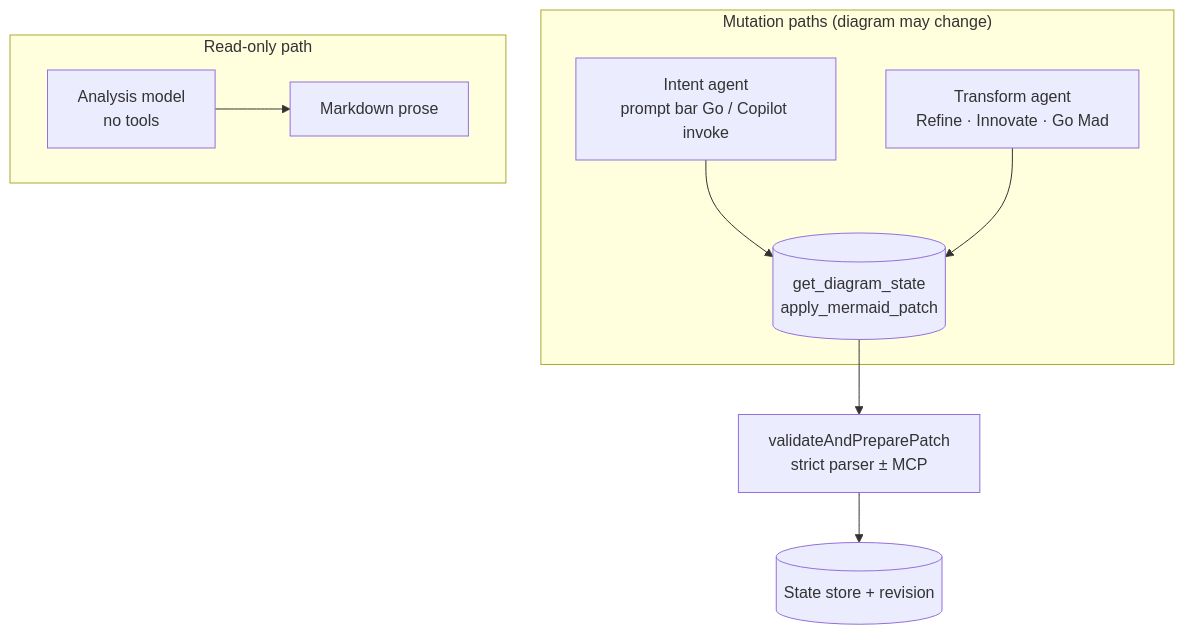
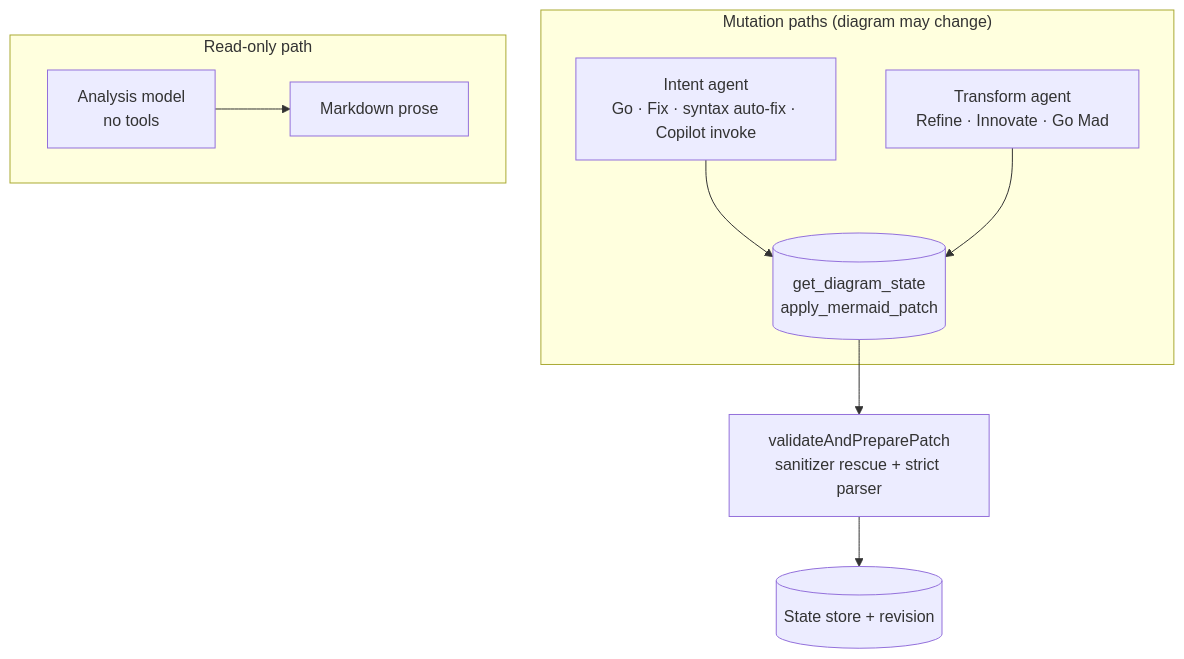
Before and after one commit to acuhlmann/mermaid-gen: the second of 4 diagrams in README.md, drawn with Mermaid. The commit also changed other lines of this file and 24 other files, not shown here.

First line of the commit message:
Enhance Mermaid validation and repair capabilities

````diff
--- a/README.md
+++ b/README.md
@@ -53,17 +53,17 @@
 ```mermaid
 flowchart TB
   subgraph mutation ["Mutation paths (diagram may change)"]
-    I[Intent agent<br/>prompt bar Go / Copilot invoke]
+    I[Intent agent<br/>Go · Fix · syntax auto-fix · Copilot invoke]
     T[Transform agent<br/>Refine · Innovate · Go Mad]
     I --> Tools[(get_diagram_state<br/>apply_mermaid_patch)]
     T --> Tools
   end
 
   subgraph readonly ["Read-only path"]
     A[Analysis model<br/>no tools]
     A --> Text[Markdown prose]
   end
 
-  Tools --> VS[validateAndPreparePatch<br/>strict parser ± MCP]
-  VS --> SS[(State store + revision)]
+  Tools --> VRP["validateAndPreparePatch<br/>sanitizer rescue + strict parser"]
+  VRP --> SS[(State store + revision)]
 ```
````
